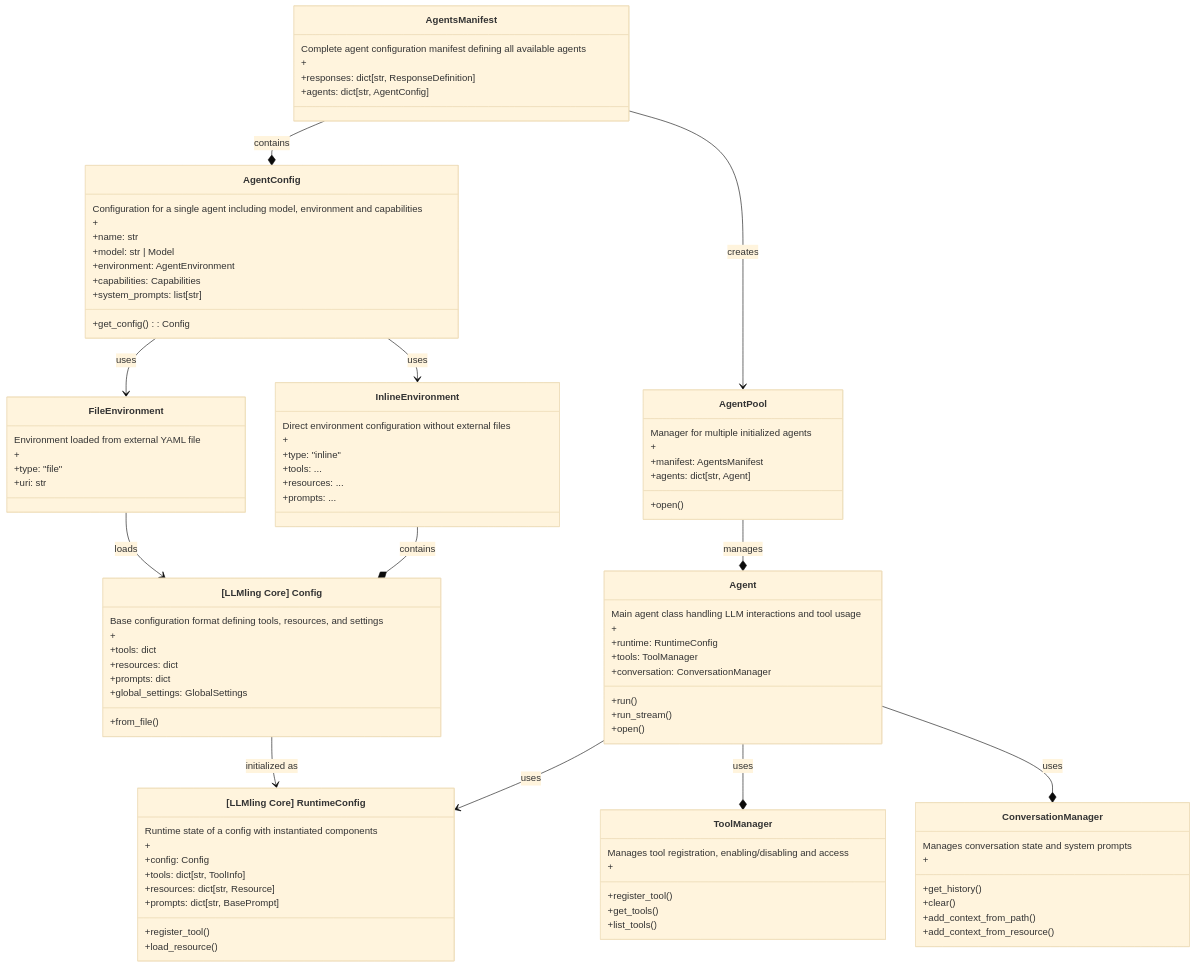
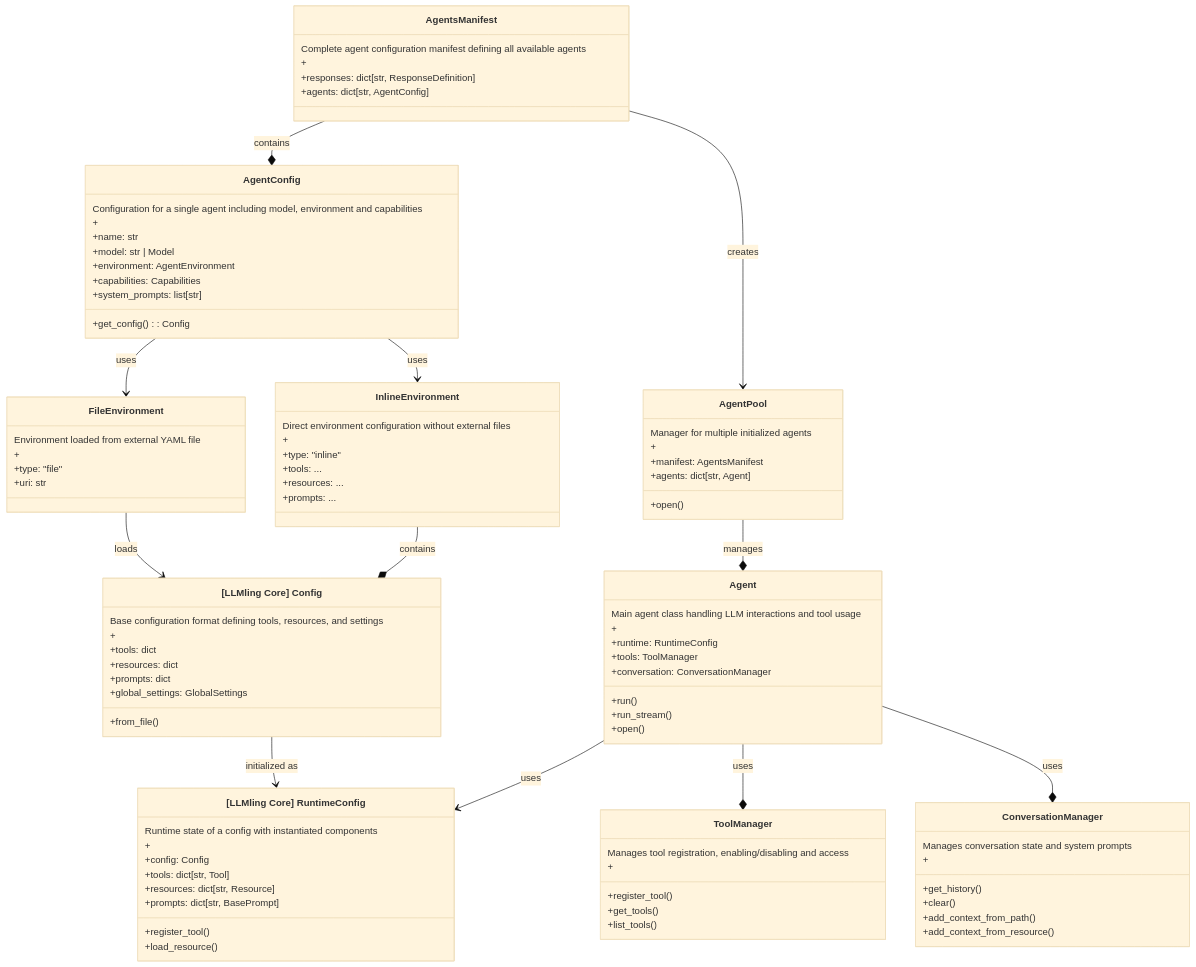
One commit to uk0/llmling-agent changed the diagram in README.md. Above: the diagram before and after it, drawn with Mermaid (base theme). The commit also changed 43 other files, not shown here.

Commit message:
chore: ToolInfo -> Tool

```diff
--- a/README.md
+++ b/README.md
@@ -805,7 +805,7 @@
         Runtime state of a config with instantiated components
         +
         +config: Config
-        +tools: dict[str, ToolInfo]
+        +tools: dict[str, Tool]
         +resources: dict[str, Resource]
         +prompts: dict[str, BasePrompt]
         +register_tool()
```
